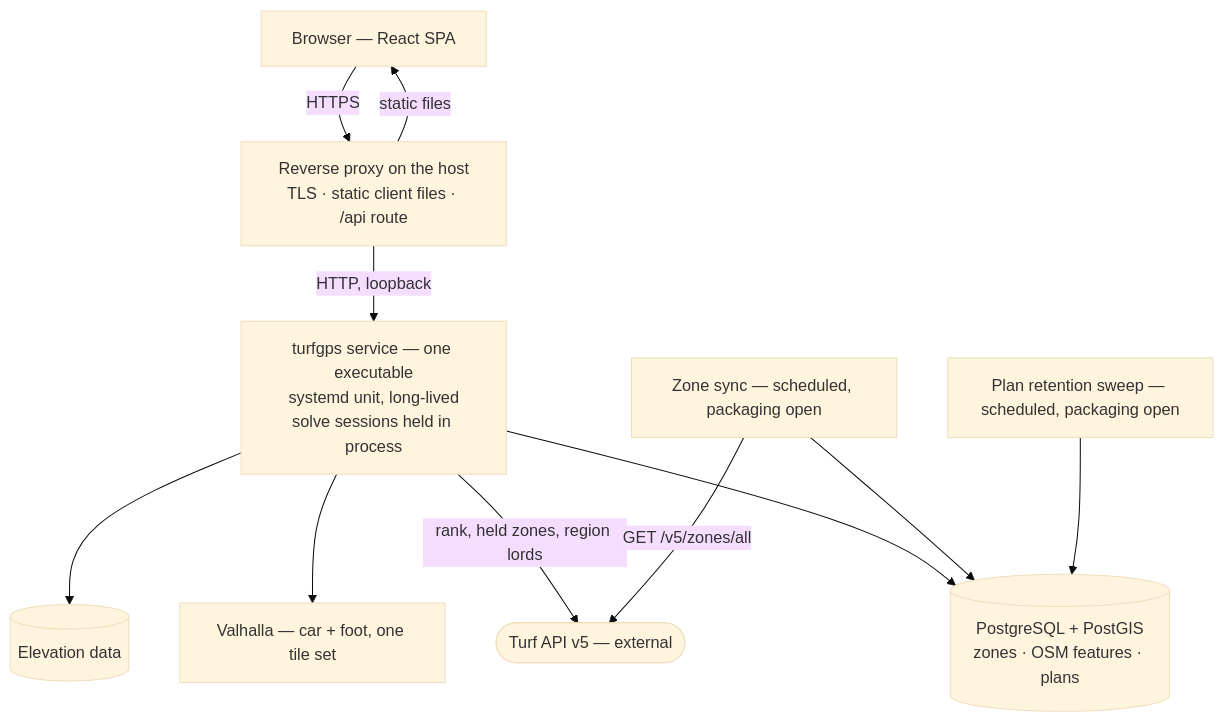
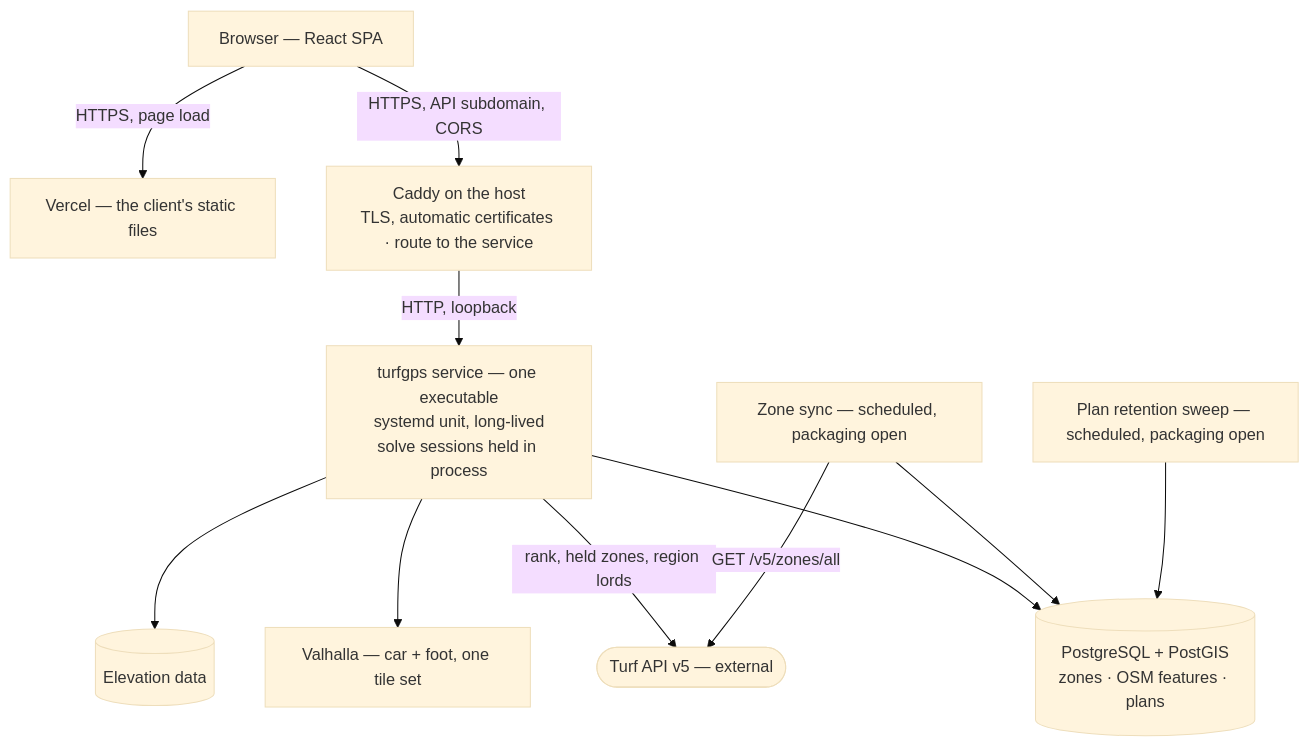
The diagram in docs/DEPLOYMENT.md (Caisesiume/TurfGPS), drawn with Mermaid (base theme) before and after one commit. The commit also changed other lines of this file and 2 other files, not shown here.

````diff
--- a/docs/DEPLOYMENT.md
+++ b/docs/DEPLOYMENT.md
@@ -96,23 +98,24 @@
 ```mermaid
 flowchart TD
     U["Browser — React SPA"]
-    RP["Reverse proxy on the host<br/>TLS · static client files · /api route"]
+    VC["Vercel — the client's static files"]
+    RP["Caddy on the host<br/>TLS, automatic certificates · route to the service"]
     SVC["turfgps service — one executable<br/>systemd unit, long-lived<br/>solve sessions held in process"]
     SYNC["Zone sync — scheduled, packaging open"]
     SWEEP["Plan retention sweep — scheduled, packaging open"]
     PG[("PostgreSQL + PostGIS<br/>zones · OSM features · plans")]
     VAL["Valhalla — car + foot, one tile set"]
     DEM[("Elevation data")]
     T(["Turf API v5 — external"])
 
-    U -- "HTTPS" --> RP
-    RP -- "static files" --> U
+    U -- "HTTPS, page load" --> VC
+    U -- "HTTPS, API subdomain, CORS" --> RP
     RP -- "HTTP, loopback" --> SVC
     SVC --> PG
     SVC --> VAL
     SVC --> DEM
     SVC -- "rank, held zones, region lords" --> T
     SYNC -- "GET /v5/zones/all" --> T
     SYNC --> PG
     SWEEP --> PG
 ```
````
